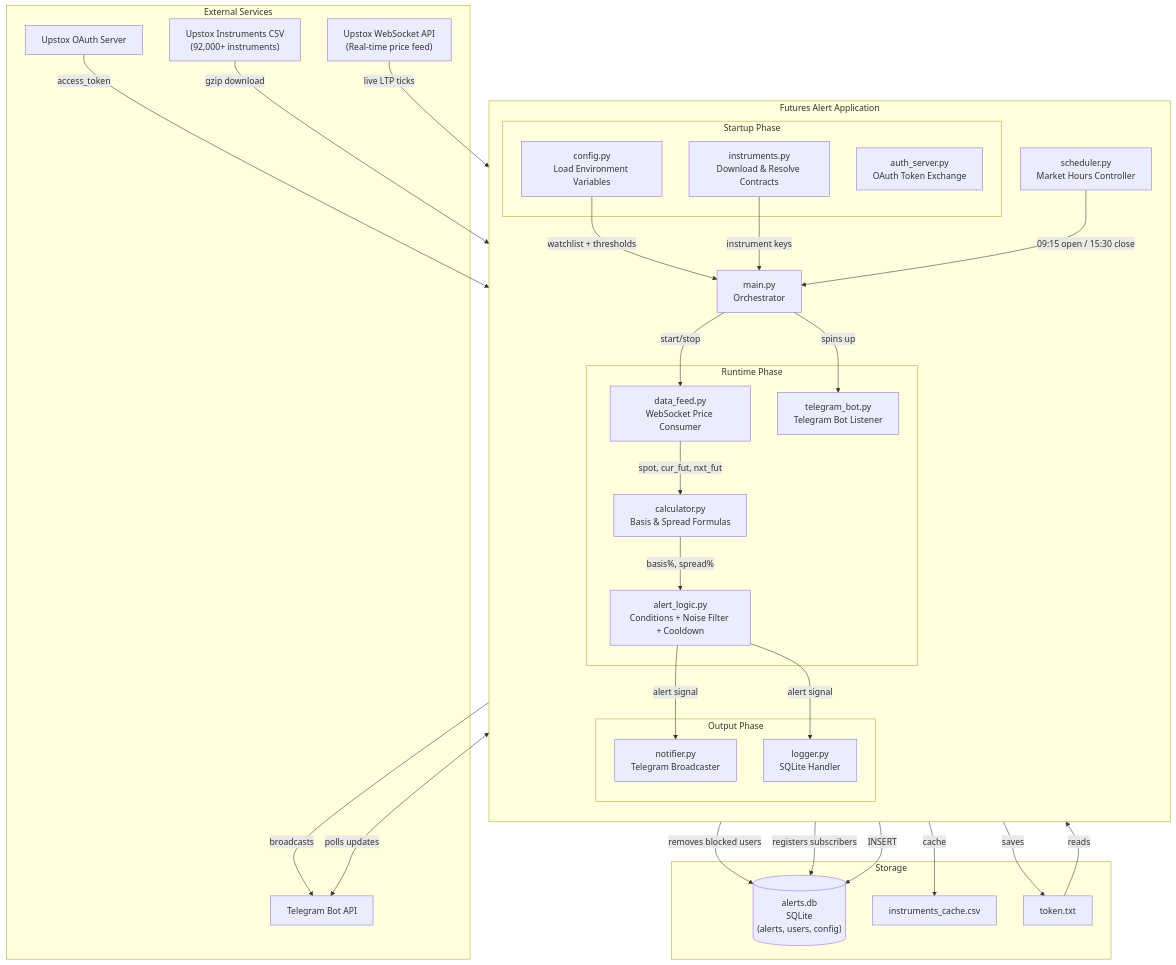
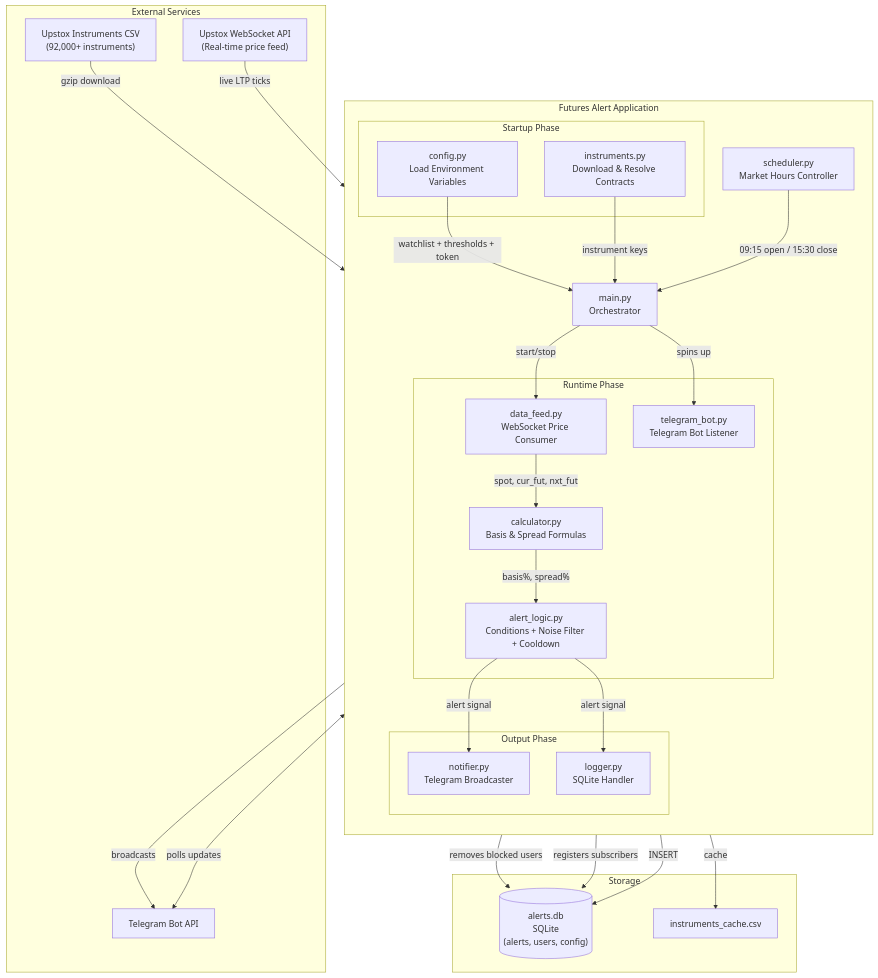
The first of 5 diagrams in docs/System-Documentation.md (Sidd-hass/future-price-prediction), drawn with Mermaid before and after one commit. The commit also changed other lines of this file and 16 other files, not shown here.

Commit message:
Integrate Upstox analytics token, remove auth server login flow, fix Telegram settings, and dockerize

````diff
--- a/docs/System-Documentation.md
+++ b/docs/System-Documentation.md
@@ -45,61 +45,55 @@
 ```mermaid
 graph TB
     subgraph External Services
         UPSTOX_CSV["Upstox Instruments CSV<br/>(92,000+ instruments)"]
         UPSTOX_WS["Upstox WebSocket API<br/>(Real-time price feed)"]
-        UPSTOX_AUTH["Upstox OAuth Server"]
         TG["Telegram Bot API"]
     end
 
     subgraph Futures Alert Application
         direction TB
         
         subgraph Startup Phase
-            AUTH["auth_server.py<br/>OAuth Token Exchange"]
             INST["instruments.py<br/>Download & Resolve Contracts"]
             CFG["config.py<br/>Load Environment Variables"]
         end
 
         subgraph Runtime Phase
             FEED["data_feed.py<br/>WebSocket Price Consumer"]
             CALC["calculator.py<br/>Basis & Spread Formulas"]
             ENGINE["alert_logic.py<br/>Conditions + Noise Filter + Cooldown"]
             BOT["telegram_bot.py<br/>Telegram Bot Listener"]
         end
 
         subgraph Output Phase
             NOTIFY["notifier.py<br/>Telegram Broadcaster"]
             LOG["logger.py<br/>SQLite Handler"]
         end
 
         SCHED["scheduler.py<br/>Market Hours Controller"]
         MAIN["main.py<br/>Orchestrator"]
     end
 
     subgraph Storage
         DB[("alerts.db<br/>SQLite<br/>(alerts, users, config)")]
         CACHE["instruments_cache.csv"]
-        TOKEN["token.txt"]
     end
 
-    UPSTOX_AUTH -->|"access_token"| AUTH
-    AUTH -->|"saves"| TOKEN
-    TOKEN -->|"reads"| MAIN
-    CFG -->|"watchlist + thresholds"| MAIN
+    CFG -->|"watchlist + thresholds + token"| MAIN
     UPSTOX_CSV -->|"gzip download"| INST
     INST -->|"cache"| CACHE
     INST -->|"instrument keys"| MAIN
     MAIN -->|"start/stop"| FEED
     MAIN -->|"spins up"| BOT
     SCHED -->|"09:15 open / 15:30 close"| MAIN
     UPSTOX_WS -->|"live LTP ticks"| FEED
     FEED -->|"spot, cur_fut, nxt_fut"| CALC
     CALC -->|"basis%, spread%"| ENGINE
     ENGINE -->|"alert signal"| NOTIFY
     ENGINE -->|"alert signal"| LOG
     NOTIFY -->|"broadcasts"| TG
     NOTIFY -->|"removes blocked users"| DB
     BOT <-->|"polls updates"| TG
     BOT -->|"registers subscribers"| DB
     LOG -->|"INSERT"| DB
 ```
````
